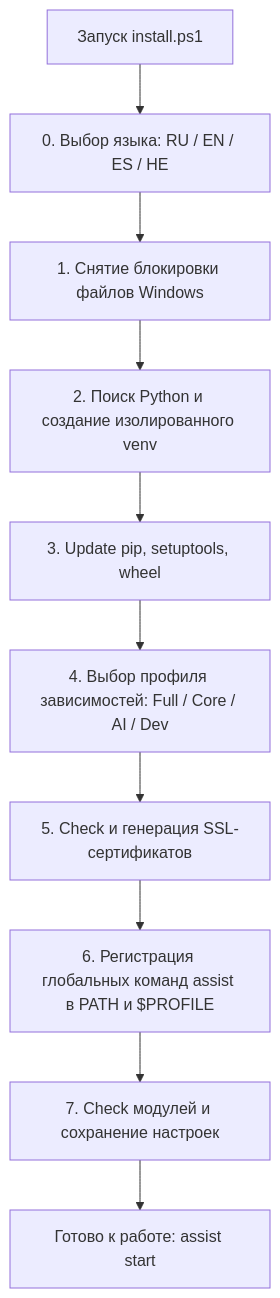
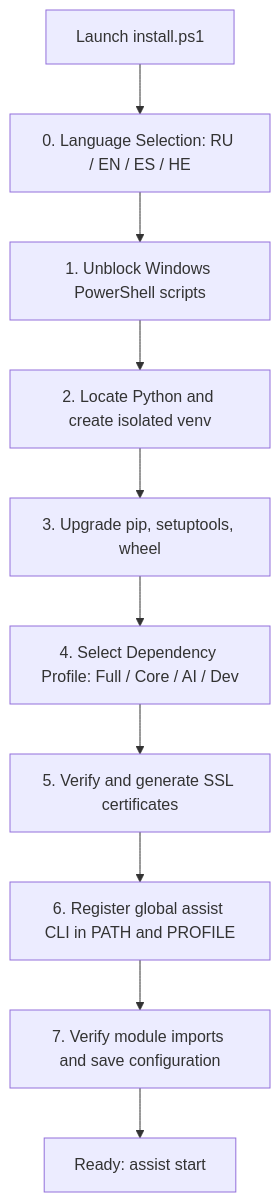
One commit to hypo69/AI-Breadboard changed the diagram in .ai/instructions/knowledge/INSTALLATION_GUIDE.md. Above: the diagram before and after it, drawn with Mermaid. The commit also changed other lines of this file and 76 other files, not shown here.

````diff
--- a/.ai/instructions/knowledge/INSTALLATION_GUIDE.md
+++ b/.ai/instructions/knowledge/INSTALLATION_GUIDE.md
@@ -49,12 +47,12 @@
 ```mermaid
 flowchart TD
-    A[Запуск install.ps1] --> B[0. Выбор языка: RU / EN / ES / HE]
-    B --> C[1. Снятие блокировки файлов Windows]
-    C --> D[2. Поиск Python и создание изолированного venv]
-    D --> E[3. Update pip, setuptools, wheel]
-    E --> F[4. Выбор профиля зависимостей: Full / Core / AI / Dev]
-    F --> G[5. Check и генерация SSL-сертификатов]
-    G --> H[6. Регистрация глобальных команд assist в PATH и $PROFILE]
-    H --> I[7. Check модулей и сохранение настроек]
-    I --> J[Готово к работе: assist start]
+    A[Launch install.ps1] --> B[0. Language Selection: RU / EN / ES / HE]
+    B --> C[1. Unblock Windows PowerShell scripts]
+    C --> D[2. Locate Python and create isolated venv]
+    D --> E[3. Upgrade pip, setuptools, wheel]
+    E --> F[4. Select Dependency Profile: Full / Core / AI / Dev]
+    F --> G[5. Verify and generate SSL certificates]
+    G --> H[6. Register global assist CLI in PATH and PROFILE]
+    H --> I[7. Verify module imports and save configuration]
+    I --> J[Ready: assist start]
 ```
````
